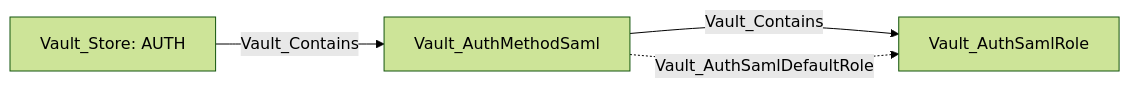
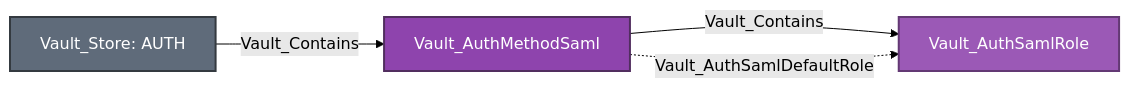
Before and after one commit to bytewreck/opengraph-vault: diagram 20 of 28 in Documentation/stores/AUTH.md, drawn with Mermaid (forest theme). The commit also changed other lines of this file and 4 other files, not shown here.

````diff
--- a/Documentation/stores/AUTH.md
+++ b/Documentation/stores/AUTH.md
@@ -1189,6 +1202,10 @@
 ```mermaid
 flowchart LR
-    store[Vault_Store: AUTH] -->|Vault_Contains| method[Vault_AuthMethodSaml]
-    method -->|Vault_Contains| role[Vault_AuthSamlRole]
+    store[Vault_Store: AUTH]:::storeNode -->|Vault_Contains| method[Vault_AuthMethodSaml]:::authMethodNode
+    method -->|Vault_Contains| role[Vault_AuthSamlRole]:::authRoleNode
     method -.->|Vault_AuthSamlDefaultRole| role
+
+    classDef storeNode fill:#5F6B7A,color:#fff,stroke:#343A40,stroke-width:2px
+    classDef authMethodNode fill:#8E44AD,color:#fff,stroke:#512E5F,stroke-width:2px
+    classDef authRoleNode fill:#9B59B6,color:#fff,stroke:#633974,stroke-width:2px
 ```
````
